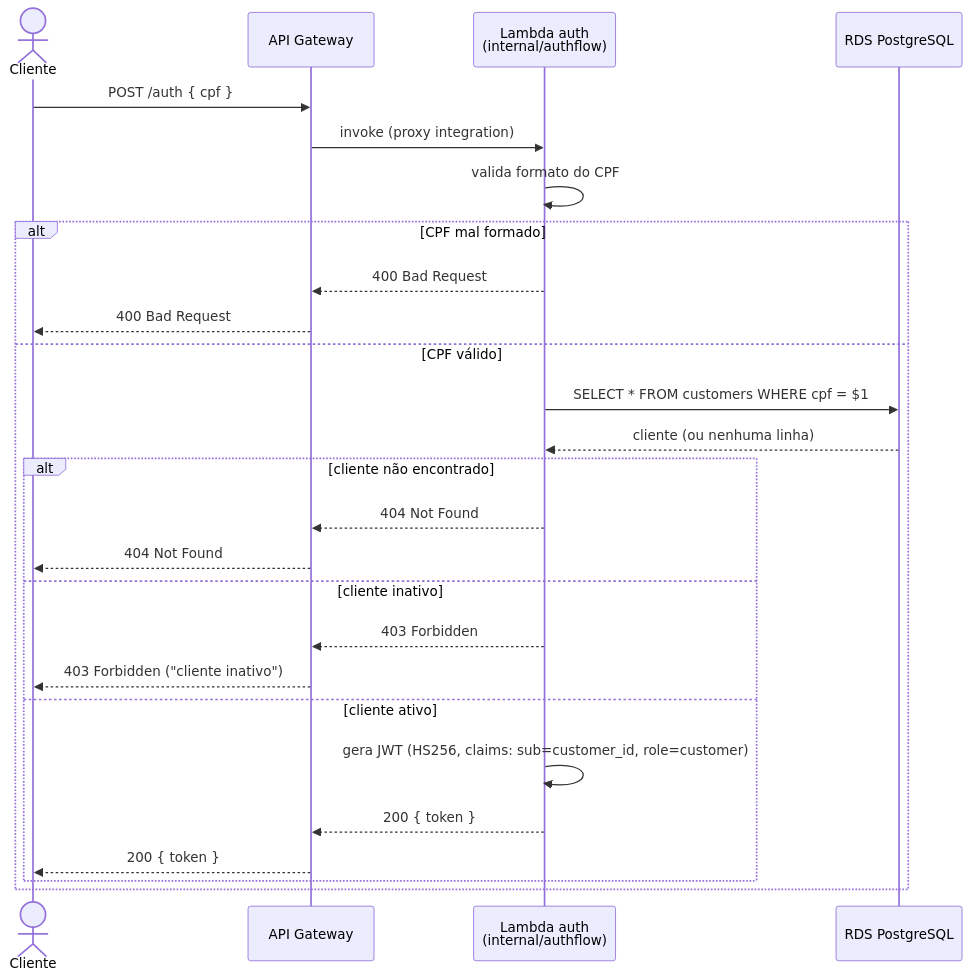
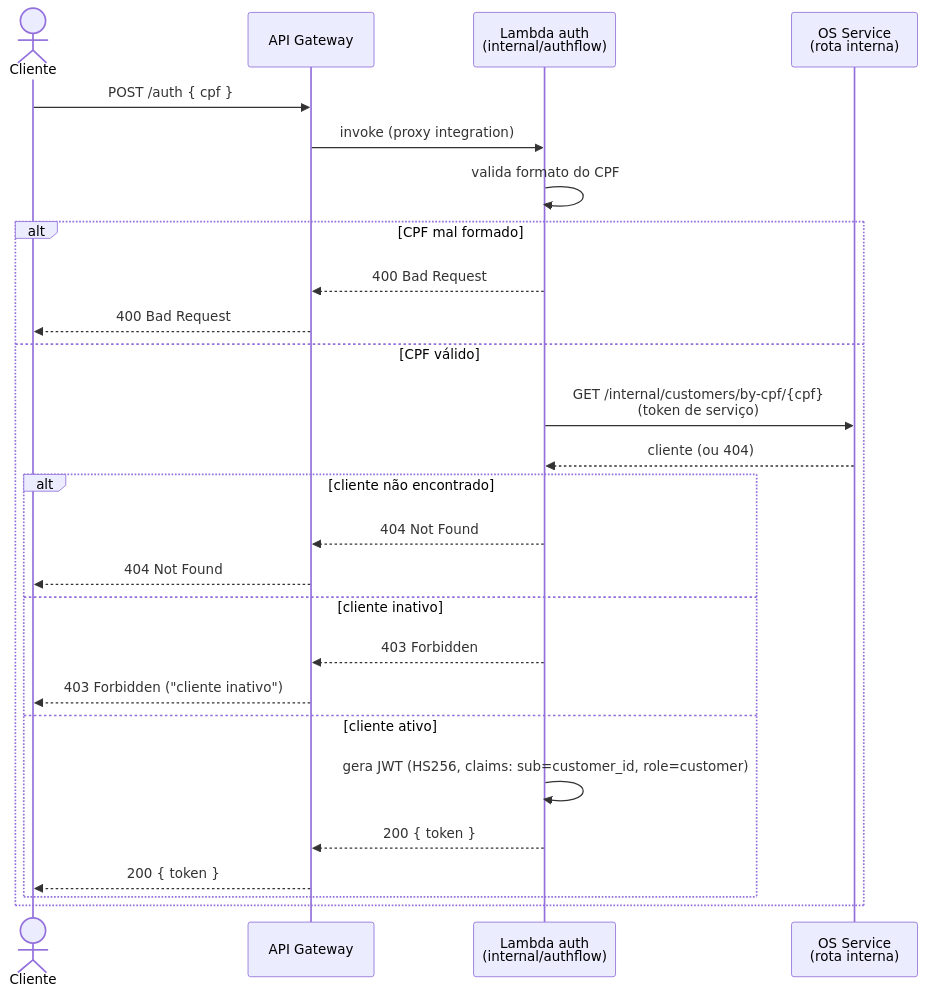
One commit to Jackeline2020/app-autoshop changed the first of 2 diagrams in docs/sequence-diagram.md. Above: the diagram before and after it, drawn with Mermaid. The commit also changed other lines of this file and 16 other files, not shown here.

````diff
--- a/docs/sequence-diagram.md
+++ b/docs/sequence-diagram.md
@@ -16,31 +17,31 @@
 ```mermaid
 sequenceDiagram
     actor Cliente
     participant APIGW as API Gateway
     participant Lambda as Lambda auth<br/>(internal/authflow)
-    participant RDS as RDS PostgreSQL
+    participant OS as OS Service<br/>(rota interna)
 
     Cliente->>APIGW: POST /auth { cpf }
     APIGW->>Lambda: invoke (proxy integration)
     Lambda->>Lambda: valida formato do CPF
 
     alt CPF mal formado
         Lambda-->>APIGW: 400 Bad Request
         APIGW-->>Cliente: 400 Bad Request
     else CPF válido
-        Lambda->>RDS: SELECT * FROM customers WHERE cpf = $1
-        RDS-->>Lambda: cliente (ou nenhuma linha)
+        Lambda->>OS: GET /internal/customers/by-cpf/{cpf}<br/>(token de serviço)
+        OS-->>Lambda: cliente (ou 404)
 
         alt cliente não encontrado
             Lambda-->>APIGW: 404 Not Found
             APIGW-->>Cliente: 404 Not Found
         else cliente inativo
             Lambda-->>APIGW: 403 Forbidden
             APIGW-->>Cliente: 403 Forbidden ("cliente inativo")
         else cliente ativo
             Lambda->>Lambda: gera JWT (HS256, claims: sub=customer_id, role=customer)
             Lambda-->>APIGW: 200 { token }
             APIGW-->>Cliente: 200 { token }
         end
     end
 ```
````
